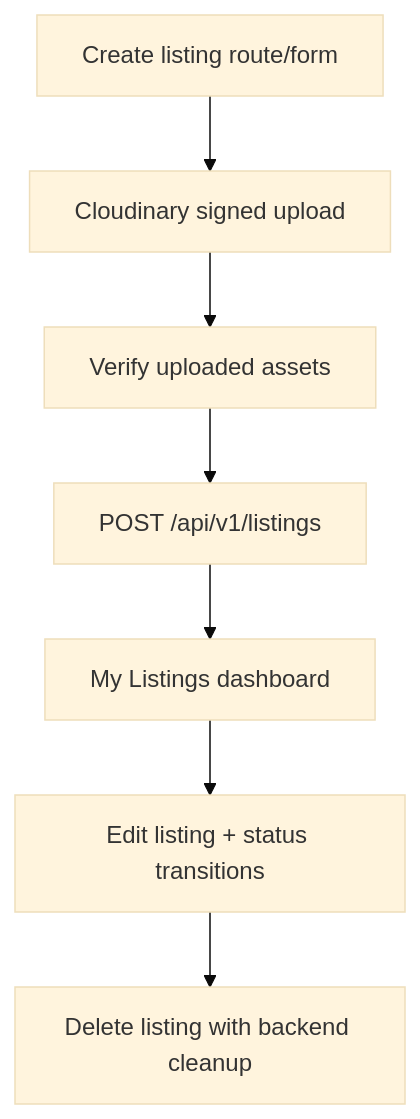
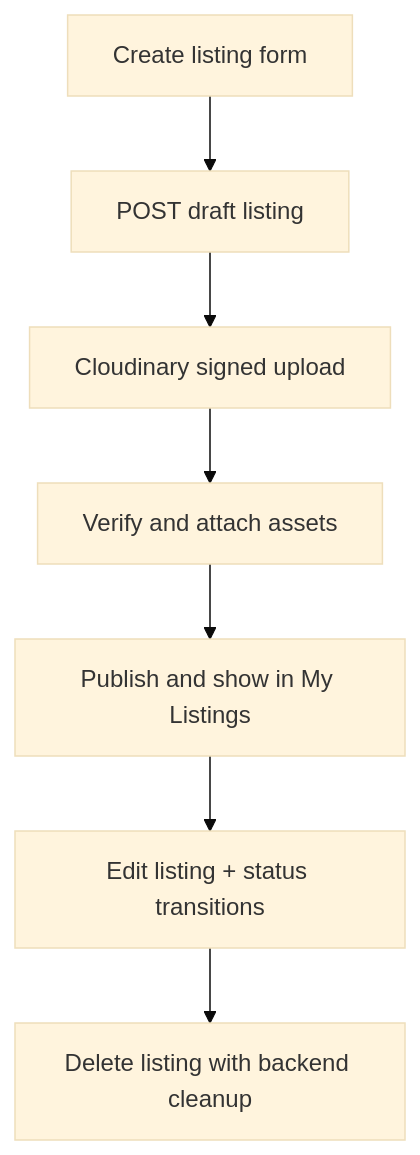
One commit to Code-Club-SMC/Sayaratak changed the diagram in docs/web-frontend-handoff-2026-09-24.md. Above: the diagram before and after it, drawn with Mermaid (base theme). The commit also changed other lines of this file and 13 other files, not shown here.

First line of the commit message:
wip: checkpoint in-progress listing management dashboard work

````diff
--- a/docs/web-frontend-handoff-2026-09-24.md
+++ b/docs/web-frontend-handoff-2026-09-24.md
@@ -74,9 +77,9 @@
 ```mermaid
 flowchart TD
-  A[Create listing route/form] --> B[Cloudinary signed upload]
-  B --> C[Verify uploaded assets]
-  C --> D[POST /api/v1/listings]
-  D --> E[My Listings dashboard]
+  A[Create listing form] --> B[POST draft listing]
+  B --> C[Cloudinary signed upload]
+  C --> D[Verify and attach assets]
+  D --> E[Publish and show in My Listings]
   E --> F[Edit listing + status transitions]
   F --> G[Delete listing with backend cleanup]
 ```
````
